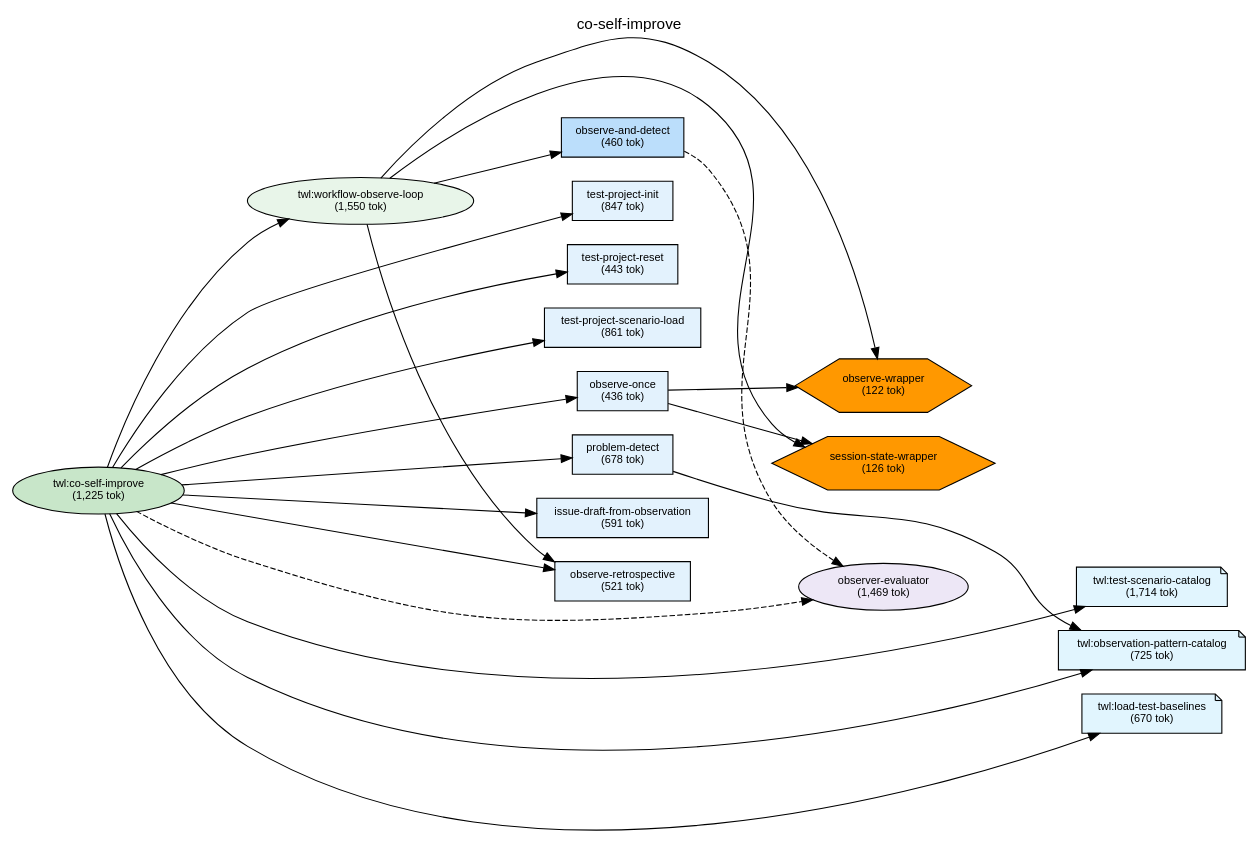
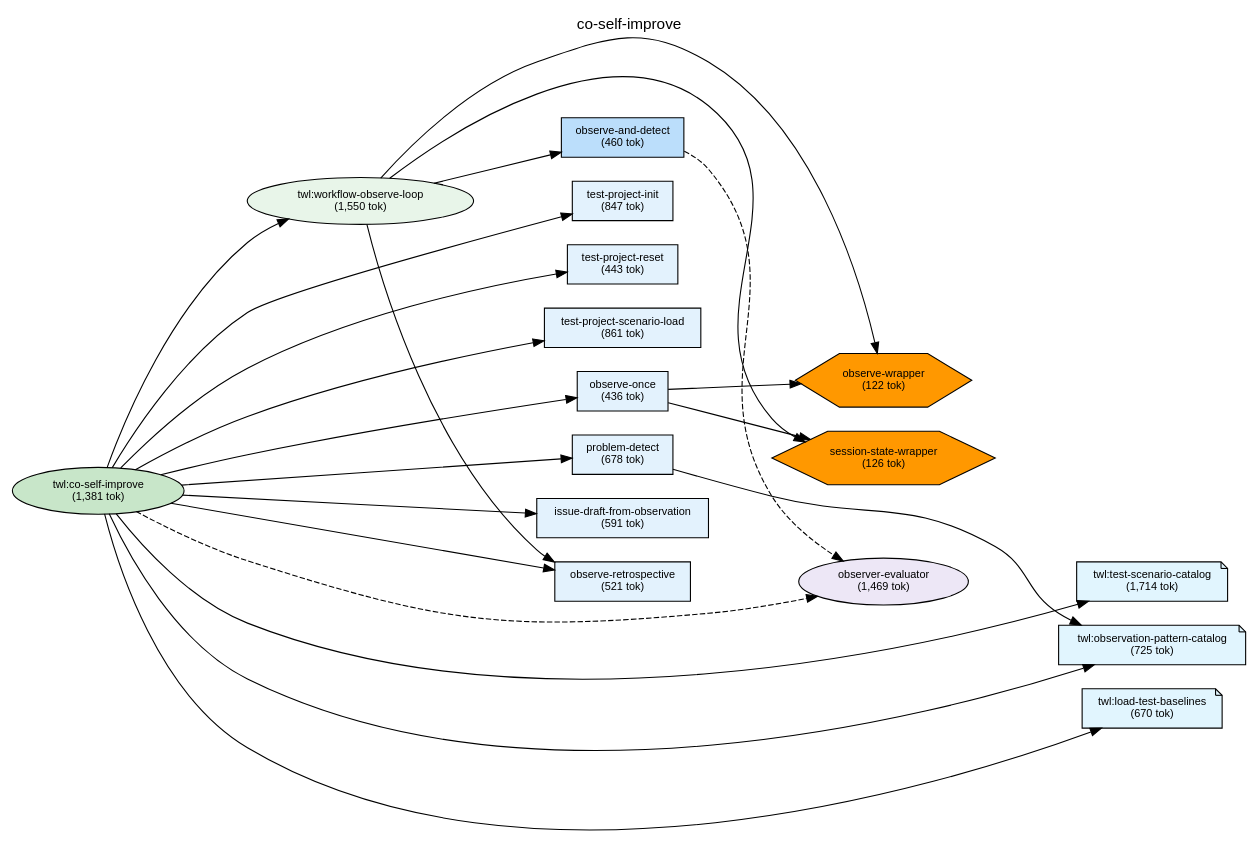
Before and after one commit to shuu5/twill: the diagram in plugins/twl/docs/deps-co-self-improve.dot, drawn with Graphviz. The commit also changed 10 other files, not shown here.

First line of the commit message:
feat(co-observer): co-observer SKILL.md 新設 + deps.yaml 更新 + types.yaml 修正

```diff
--- a/plugins/twl/docs/deps-co-self-improve.dot
+++ b/plugins/twl/docs/deps-co-self-improve.dot
@@ -1,95 +1,96 @@
 digraph Dependencies {
     // Graph settings
     rankdir=LR;
     ranksep=0.8;
     nodesep=0.3;
     fontname="Helvetica";
     node [fontname="Helvetica", fontsize=10];
     edge [fontname="Helvetica", fontsize=9];
     label="co-self-improve";
     labelloc=t;
     fontsize=14;
 
     // L0: Controller Skills
-    skill_co_self_improve [label="twl:co-self-improve\n(1,225 tok)", shape=ellipse, style=filled, fillcolor="#c8e6c9"];
+    skill_co_self_improve [label="twl:co-self-improve\n(1,381 tok)", shape=ellipse, style=filled, fillcolor="#c8e6c9"];
 
     // L0: Launchers
 
     // L0.5: Workflow Skills
     skill_workflow_observe_loop [label="twl:workflow-observe-loop\n(1,550 tok)", shape=ellipse, style=filled, fillcolor="#e8f5e9"];
 
     // Reference Skills
     skill_test_scenario_catalog [label="twl:test-scenario-catalog\n(1,714 tok)", shape=note, style=filled, fillcolor="#e1f5fe"];
     skill_observation_pattern_catalog [label="twl:observation-pattern-catalog\n(725 tok)", shape=note, style=filled, fillcolor="#e1f5fe"];
     skill_load_test_baselines [label="twl:load-test-baselines\n(670 tok)", shape=note, style=filled, fillcolor="#e1f5fe"];
 
     // L1: Direct Commands
     cmd_observe_once [label="observe-once\n(436 tok)", shape=box, style=filled, fillcolor="#e3f2fd"];
     cmd_problem_detect [label="problem-detect\n(678 tok)", shape=box, style=filled, fillcolor="#e3f2fd"];
     cmd_issue_draft_from_observation [label="issue-draft-from-observation\n(591 tok)", shape=box, style=filled, fillcolor="#e3f2fd"];
     cmd_observe_and_detect [label="observe-and-detect\n(460 tok)", shape=box, style=filled, fillcolor="#bbdefb"];
     cmd_observe_retrospective [label="observe-retrospective\n(521 tok)", shape=box, style=filled, fillcolor="#e3f2fd"];
     cmd_test_project_init [label="test-project-init\n(847 tok)", shape=box, style=filled, fillcolor="#e3f2fd"];
     cmd_test_project_reset [label="test-project-reset\n(443 tok)", shape=box, style=filled, fillcolor="#e3f2fd"];
     cmd_test_project_scenario_load [label="test-project-scenario-load\n(861 tok)", shape=box, style=filled, fillcolor="#e3f2fd"];
 
     // L2: Sub Commands
 
     // L3: Agents
     agent_observer_evaluator [label="observer-evaluator\n(1,469 tok)", shape=ellipse, style=filled, fillcolor="#ede7f6"];
 
     // L3.5: Scripts
     script_observe_wrapper [label="observe-wrapper\n(122 tok)", shape=hexagon, style=filled, fillcolor="#FF9800"];
     script_session_state_wrapper [label="session-state-wrapper\n(126 tok)", shape=hexagon, style=filled, fillcolor="#FF9800"];
 
     // L4: External
 
     // Layer constraints
     { rank=same; skill_co_self_improve; }
     { rank=same; skill_workflow_observe_loop; }
     { rank=same; skill_test_scenario_catalog; skill_observation_pattern_catalog; skill_load_test_baselines; }
     { rank=same; cmd_observe_once; cmd_problem_detect; cmd_issue_draft_from_observation; cmd_observe_and_detect; cmd_observe_retrospective; cmd_test_project_init; cmd_test_project_reset; cmd_test_project_scenario_load; }
     { rank=same; agent_observer_evaluator; }
     { rank=same; script_observe_wrapper; script_session_state_wrapper; }
 
     // Edges
     skill_co_self_improve -> skill_workflow_observe_loop;
     skill_co_self_improve -> cmd_test_project_init;
     skill_co_self_improve -> cmd_test_project_reset;
     skill_co_self_improve -> cmd_test_project_scenario_load;
     skill_co_self_improve -> cmd_observe_once;
     skill_co_self_improve -> cmd_problem_detect;
     skill_co_self_improve -> cmd_issue_draft_from_observation;
     skill_co_self_improve -> cmd_observe_retrospective;
     skill_co_self_improve -> agent_observer_evaluator [style=dashed];
     skill_co_self_improve -> skill_test_scenario_catalog;
     skill_co_self_improve -> skill_observation_pattern_catalog;
     skill_co_self_improve -> skill_load_test_baselines;
     skill_workflow_observe_loop -> cmd_observe_and_detect;
     skill_workflow_observe_loop -> cmd_observe_retrospective;
     skill_workflow_observe_loop -> script_observe_wrapper;
     skill_workflow_observe_loop -> script_session_state_wrapper;
     cmd_observe_once -> script_observe_wrapper;
     cmd_observe_once -> script_session_state_wrapper;
     cmd_problem_detect -> skill_observation_pattern_catalog;
     cmd_observe_and_detect -> agent_observer_evaluator [style=dashed];
 
     // Ordering constraints (invisible edges)
     skill_workflow_observe_loop -> cmd_test_project_init [style=invis, weight=10];
     cmd_test_project_init -> cmd_test_project_reset [style=invis, weight=10];
     cmd_test_project_reset -> cmd_test_project_scenario_load [style=invis, weight=10];
     cmd_test_project_scenario_load -> cmd_observe_once [style=invis, weight=10];
     cmd_observe_once -> cmd_problem_detect [style=invis, weight=10];
     cmd_problem_detect -> cmd_issue_draft_from_observation [style=invis, weight=10];
     cmd_issue_draft_from_observation -> cmd_observe_retrospective [style=invis, weight=10];
     cmd_observe_retrospective -> agent_observer_evaluator [style=invis, weight=10];
     agent_observer_evaluator -> skill_test_scenario_catalog [style=invis, weight=10];
     skill_test_scenario_catalog -> skill_observation_pattern_catalog [style=invis, weight=10];
     skill_observation_pattern_catalog -> skill_load_test_baselines [style=invis, weight=10];
     cmd_observe_once -> cmd_problem_detect [style=invis, weight=10];
+    cmd_problem_detect -> agent_observer_evaluator [style=invis, weight=10];
     cmd_observe_and_detect -> cmd_observe_retrospective [style=invis, weight=10];
     cmd_observe_retrospective -> script_observe_wrapper [style=invis, weight=10];
     script_observe_wrapper -> script_session_state_wrapper [style=invis, weight=10];
     script_observe_wrapper -> script_session_state_wrapper [style=invis, weight=10];
 
 }
```
